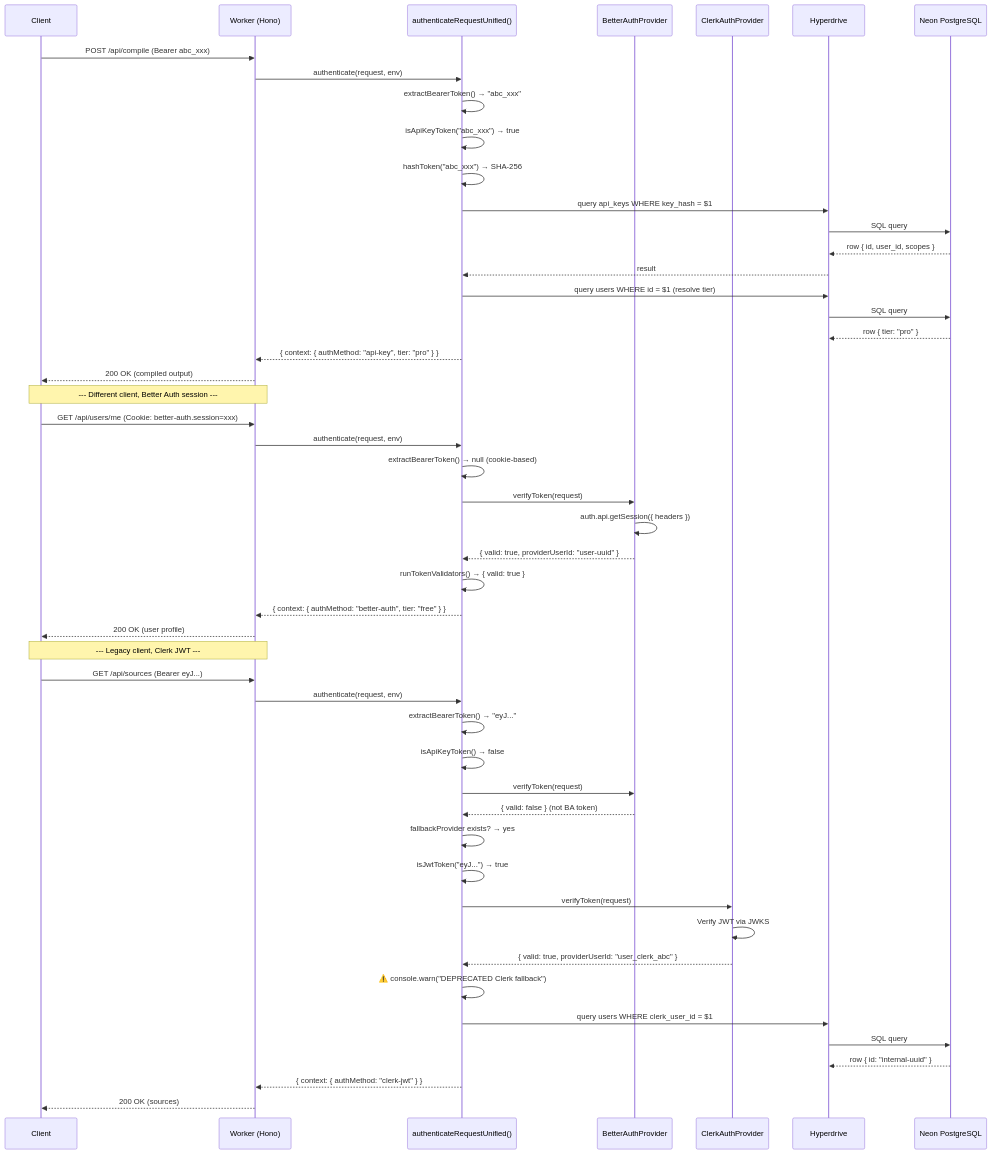
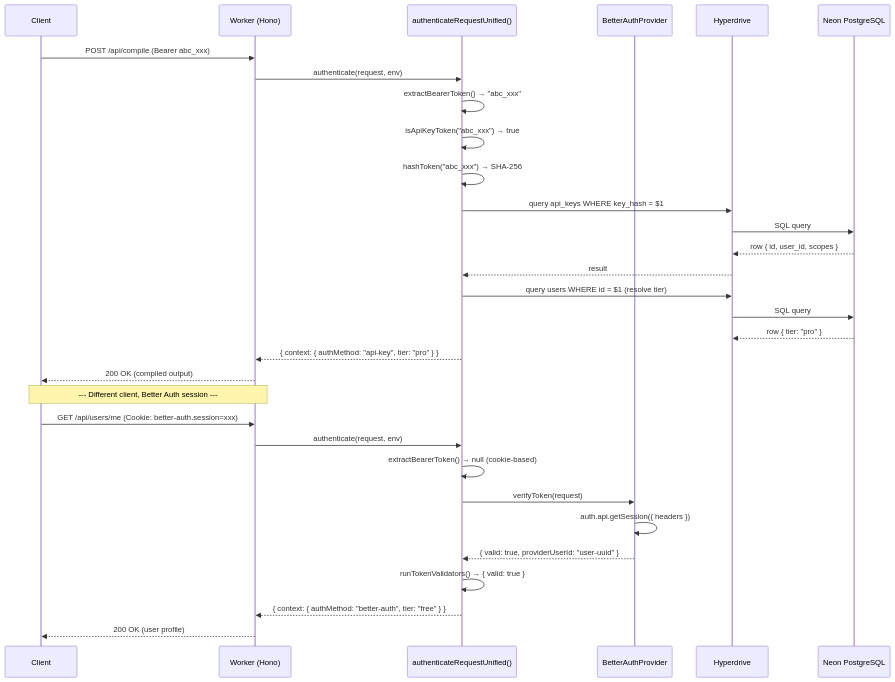
Before and after one commit to jaypatrick/adblock-compiler: the second of 3 diagrams in docs/auth/auth-chain-reference.md, drawn with Mermaid. The commit also changed other lines of this file and 31 other files, not shown here.

First line of the commit message:
chore: complete Clerk removal — CSP cleanup, clerk_user_id→user_id rename, Prisma schema pruning, ZTA lint hardening, transitive CVE patches (#1541)

````diff
--- a/docs/auth/auth-chain-reference.md
+++ b/docs/auth/auth-chain-reference.md
@@ -86,57 +81,36 @@
 ```mermaid
 sequenceDiagram
     participant C as Client
     participant W as Worker (Hono)
     participant AM as authenticateRequestUnified()
     participant BA as BetterAuthProvider
-    participant CK as ClerkAuthProvider
     participant HD as Hyperdrive
     participant DB as Neon PostgreSQL
 
     C->>W: POST /api/compile (Bearer abc_xxx)
     W->>AM: authenticate(request, env)
     AM->>AM: extractBearerToken() → "abc_xxx"
     AM->>AM: isApiKeyToken("abc_xxx") → true
     AM->>AM: hashToken("abc_xxx") → SHA-256
     AM->>HD: query api_keys WHERE key_hash = $1
     HD->>DB: SQL query
     DB-->>HD: row { id, user_id, scopes }
     HD-->>AM: result
     AM->>HD: query users WHERE id = $1 (resolve tier)
     HD->>DB: SQL query
     DB-->>HD: row { tier: "pro" }
     AM-->>W: { context: { authMethod: "api-key", tier: "pro" } }
     W-->>C: 200 OK (compiled output)
 
     Note over C,W: --- Different client, Better Auth session ---
 
     C->>W: GET /api/users/me (Cookie: better-auth.session=xxx)
     W->>AM: authenticate(request, env)
     AM->>AM: extractBearerToken() → null (cookie-based)
     AM->>BA: verifyToken(request)
     BA->>BA: auth.api.getSession({ headers })
     BA-->>AM: { valid: true, providerUserId: "user-uuid" }
     AM->>AM: runTokenValidators() → { valid: true }
     AM-->>W: { context: { authMethod: "better-auth", tier: "free" } }
     W-->>C: 200 OK (user profile)
-
-    Note over C,W: --- Legacy client, Clerk JWT ---
-
-    C->>W: GET /api/sources (Bearer eyJ...)
-    W->>AM: authenticate(request, env)
-    AM->>AM: extractBearerToken() → "eyJ..."
-    AM->>AM: isApiKeyToken() → false
-    AM->>BA: verifyToken(request)
-    BA-->>AM: { valid: false } (not BA token)
-    AM->>AM: fallbackProvider exists? → yes
-    AM->>AM: isJwtToken("eyJ...") → true
-    AM->>CK: verifyToken(request)
-    CK->>CK: Verify JWT via JWKS
-    CK-->>AM: { valid: true, providerUserId: "user_clerk_abc" }
-    AM->>AM: ⚠️ console.warn("DEPRECATED Clerk fallback")
-    AM->>HD: query users WHERE clerk_user_id = $1
-    HD->>DB: SQL query
-    DB-->>HD: row { id: "internal-uuid" }
-    AM-->>W: { context: { authMethod: "clerk-jwt" } }
-    W-->>C: 200 OK (sources)
 ```
````
